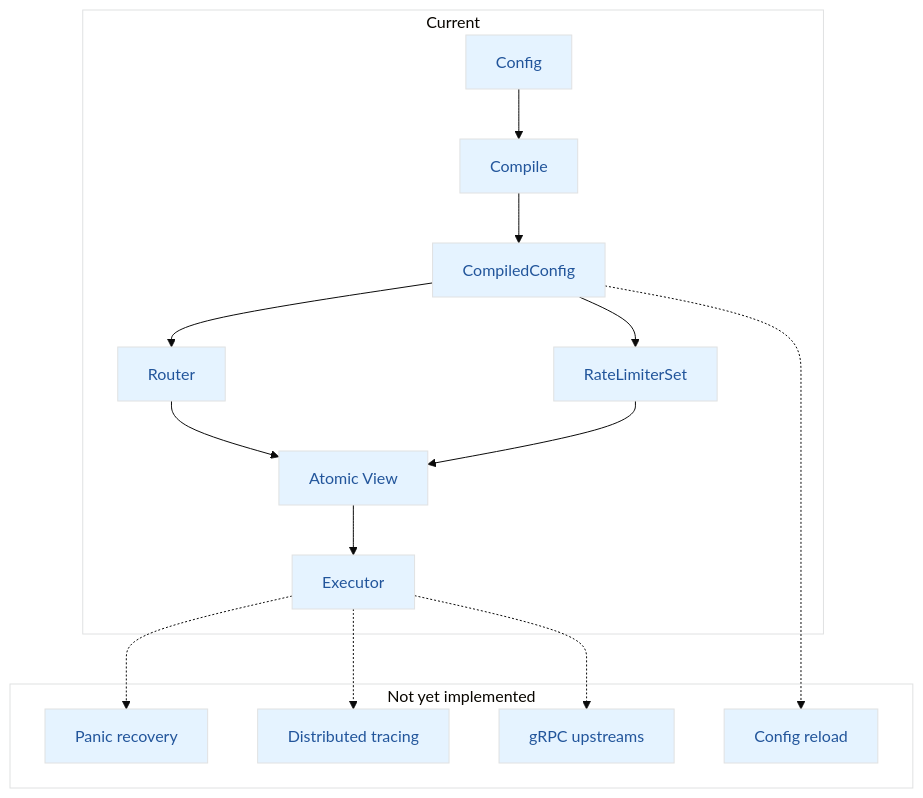
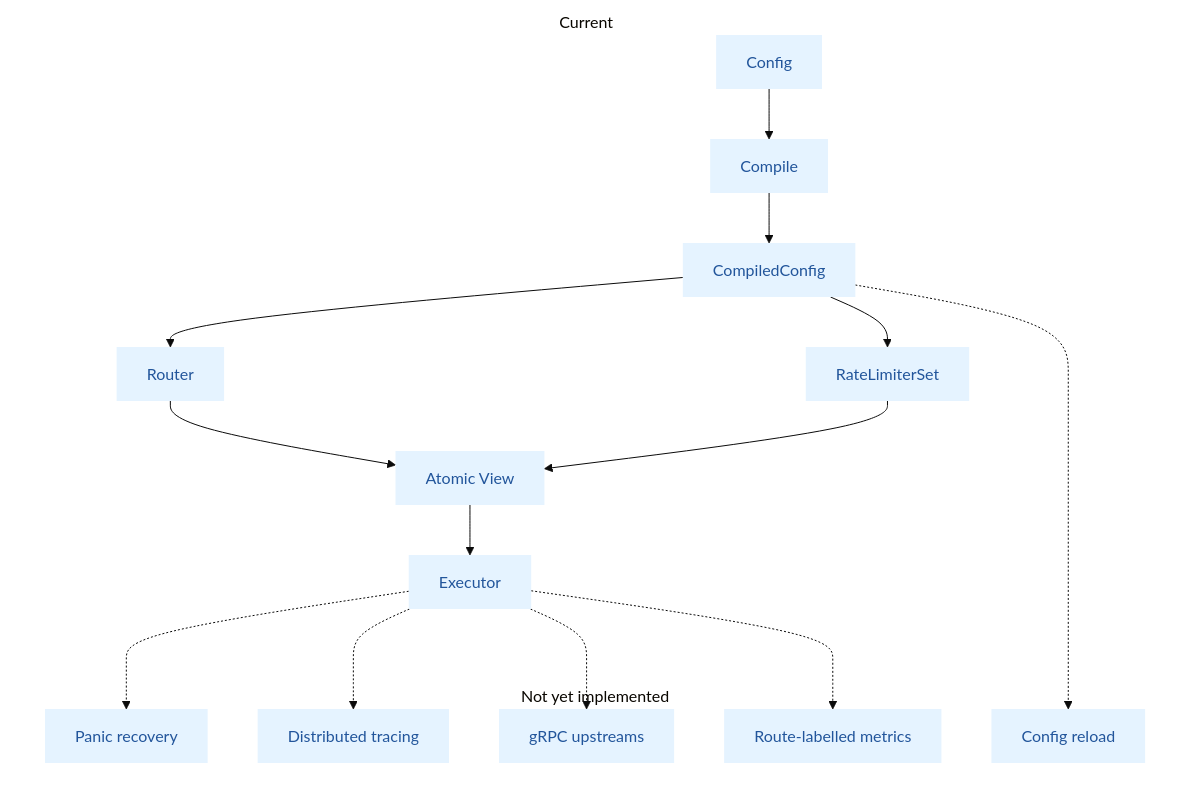
The third of 3 diagrams in ARCHITECTURE.md (HAL-X9/aegis), drawn with Mermaid before and after one commit. The commit also changed other lines of this file and 23 other files, not shown here.

````diff
--- a/ARCHITECTURE.md
+++ b/ARCHITECTURE.md
@@ -182,36 +212,38 @@
 ```mermaid
 %%{init: {'theme':'base'}}%%
 flowchart TB
     subgraph CURRENT["Current"]
         A["Config"]
         B["Compile"]
         C["CompiledConfig"]
         D["Router"]
         E["Executor"]
         F["RateLimiterSet"]
         G["Atomic View"]
 
         A --> B --> C
         C --> D
         C --> F
         D --> G
         F --> G
         G --> E
     end
 
     subgraph PLANNED["Not yet implemented"]
         R["Panic recovery"]
         OT["Distributed tracing"]
         GRPC["gRPC upstreams"]
         RELOAD["Config reload"]
+        LABELS["Route-labelled metrics"]
     end
 
     E -.-> R
     E -.-> OT
     E -.-> GRPC
     C -.-> RELOAD
+    E -.-> LABELS
 
-    classDef default fill:#e5f3ff,stroke:#e0e1e2,color:#22559b;
-    style CURRENT fill:#ffffff,stroke:#e0e1e2
-    style PLANNED fill:#ffffff,stroke:#e0e1e2
+    classDef default fill:#e5f3ff,stroke:none,color:#22559b;
+    style CURRENT fill:#ffffff,stroke:none
+    style PLANNED fill:#ffffff,stroke:none
 ```
````
